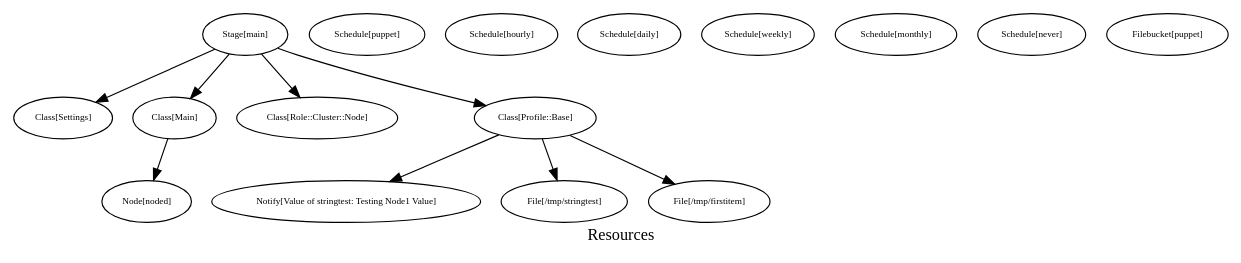
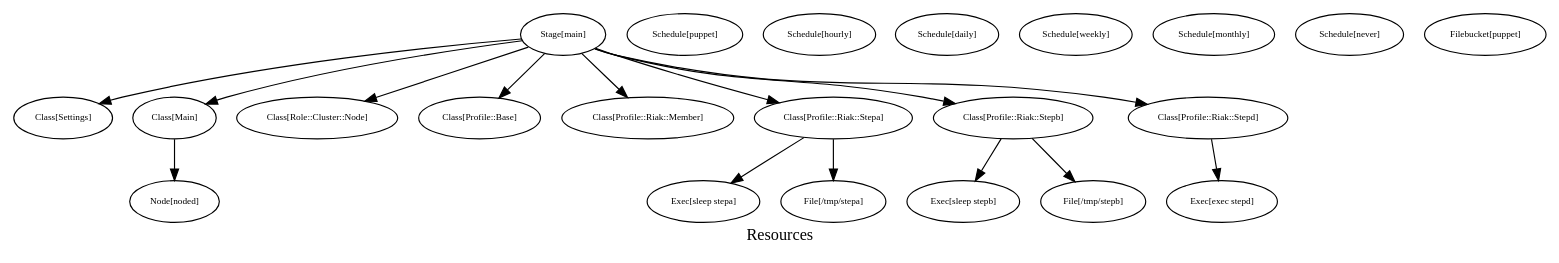
The diagram in puppet/graphs/node1/resources.dot (glickbot/riak-cs-puppet-vagrant), drawn with Graphviz before and after one commit. The commit also changed 20 other files, not shown here.

```diff
--- a/puppet/graphs/node1/resources.dot
+++ b/puppet/graphs/node1/resources.dot
@@ -1,115 +1,169 @@
 digraph Resources {
     label = "Resources"
     "Stage[main]" [
         fontsize = 8,
         label = "Stage[main]"
     ]
 
     "Class[Settings]" [
         fontsize = 8,
         label = "Class[Settings]"
     ]
 
     "Class[Main]" [
         fontsize = 8,
         label = "Class[Main]"
     ]
 
     "Node[noded]" [
         fontsize = 8,
         label = "Node[noded]"
     ]
 
     "Class[Role::Cluster::Node]" [
         fontsize = 8,
         label = "Class[Role::Cluster::Node]"
     ]
 
     "Class[Profile::Base]" [
         fontsize = 8,
         label = "Class[Profile::Base]"
     ]
 
-    "Notify[Value of stringtest: Testing Node1 Value]" [
+    "Class[Profile::Riak::Member]" [
         fontsize = 8,
-        label = "Notify[Value of stringtest: Testing Node1 Value]"
+        label = "Class[Profile::Riak::Member]"
     ]
 
-    "File[/tmp/stringtest]" [
+    "Class[Profile::Riak::Stepa]" [
         fontsize = 8,
-        label = "File[/tmp/stringtest]"
+        label = "Class[Profile::Riak::Stepa]"
     ]
 
-    "File[/tmp/firstitem]" [
+    "Exec[sleep stepa]" [
         fontsize = 8,
-        label = "File[/tmp/firstitem]"
+        label = "Exec[sleep stepa]"
+    ]
+
+    "File[/tmp/stepa]" [
+        fontsize = 8,
+        label = "File[/tmp/stepa]"
+    ]
+
+    "Class[Profile::Riak::Stepb]" [
+        fontsize = 8,
+        label = "Class[Profile::Riak::Stepb]"
+    ]
+
+    "Exec[sleep stepb]" [
+        fontsize = 8,
+        label = "Exec[sleep stepb]"
+    ]
+
+    "File[/tmp/stepb]" [
+        fontsize = 8,
+        label = "File[/tmp/stepb]"
+    ]
+
+    "Class[Profile::Riak::Stepd]" [
+        fontsize = 8,
+        label = "Class[Profile::Riak::Stepd]"
+    ]
+
+    "Exec[exec stepd]" [
+        fontsize = 8,
+        label = "Exec[exec stepd]"
     ]
 
     "Schedule[puppet]" [
         fontsize = 8,
         label = "Schedule[puppet]"
     ]
 
     "Schedule[hourly]" [
         fontsize = 8,
         label = "Schedule[hourly]"
     ]
 
     "Schedule[daily]" [
         fontsize = 8,
         label = "Schedule[daily]"
     ]
 
     "Schedule[weekly]" [
         fontsize = 8,
         label = "Schedule[weekly]"
     ]
 
     "Schedule[monthly]" [
         fontsize = 8,
         label = "Schedule[monthly]"
     ]
 
     "Schedule[never]" [
         fontsize = 8,
         label = "Schedule[never]"
     ]
 
     "Filebucket[puppet]" [
         fontsize = 8,
         label = "Filebucket[puppet]"
     ]
 
     "Stage[main]" -> "Class[Settings]" [
         fontsize = 8
     ]
 
     "Stage[main]" -> "Class[Main]" [
         fontsize = 8
     ]
 
     "Class[Main]" -> "Node[noded]" [
         fontsize = 8
     ]
 
     "Stage[main]" -> "Class[Role::Cluster::Node]" [
         fontsize = 8
     ]
 
     "Stage[main]" -> "Class[Profile::Base]" [
         fontsize = 8
     ]
 
-    "Class[Profile::Base]" -> "Notify[Value of stringtest: Testing Node1 Value]" [
+    "Stage[main]" -> "Class[Profile::Riak::Member]" [
         fontsize = 8
     ]
 
-    "Class[Profile::Base]" -> "File[/tmp/stringtest]" [
+    "Stage[main]" -> "Class[Profile::Riak::Stepa]" [
         fontsize = 8
     ]
 
-    "Class[Profile::Base]" -> "File[/tmp/firstitem]" [
+    "Class[Profile::Riak::Stepa]" -> "Exec[sleep stepa]" [
+        fontsize = 8
+    ]
+
+    "Class[Profile::Riak::Stepa]" -> "File[/tmp/stepa]" [
+        fontsize = 8
+    ]
+
+    "Stage[main]" -> "Class[Profile::Riak::Stepb]" [
+        fontsize = 8
+    ]
+
+    "Class[Profile::Riak::Stepb]" -> "Exec[sleep stepb]" [
+        fontsize = 8
+    ]
+
+    "Class[Profile::Riak::Stepb]" -> "File[/tmp/stepb]" [
+        fontsize = 8
+    ]
+
+    "Stage[main]" -> "Class[Profile::Riak::Stepd]" [
+        fontsize = 8
+    ]
+
+    "Class[Profile::Riak::Stepd]" -> "Exec[exec stepd]" [
         fontsize = 8
     ]
 
 }
```
